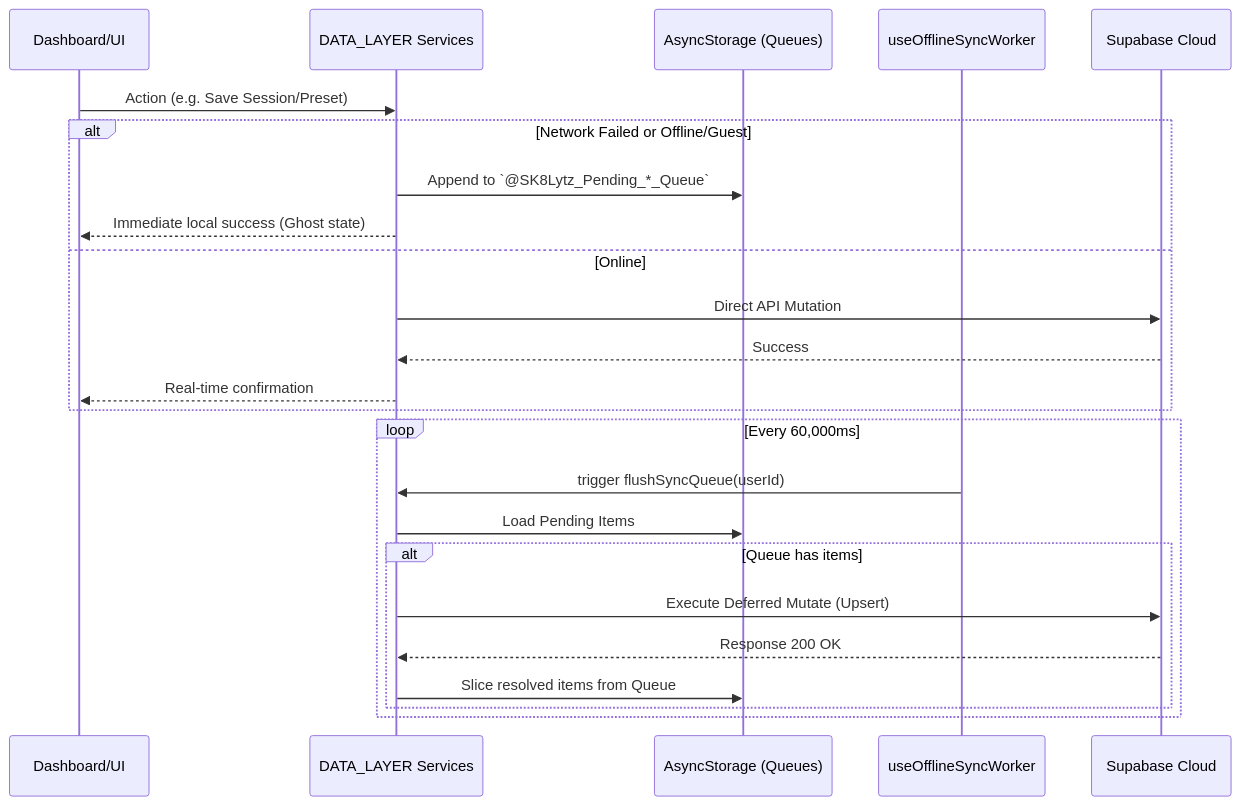
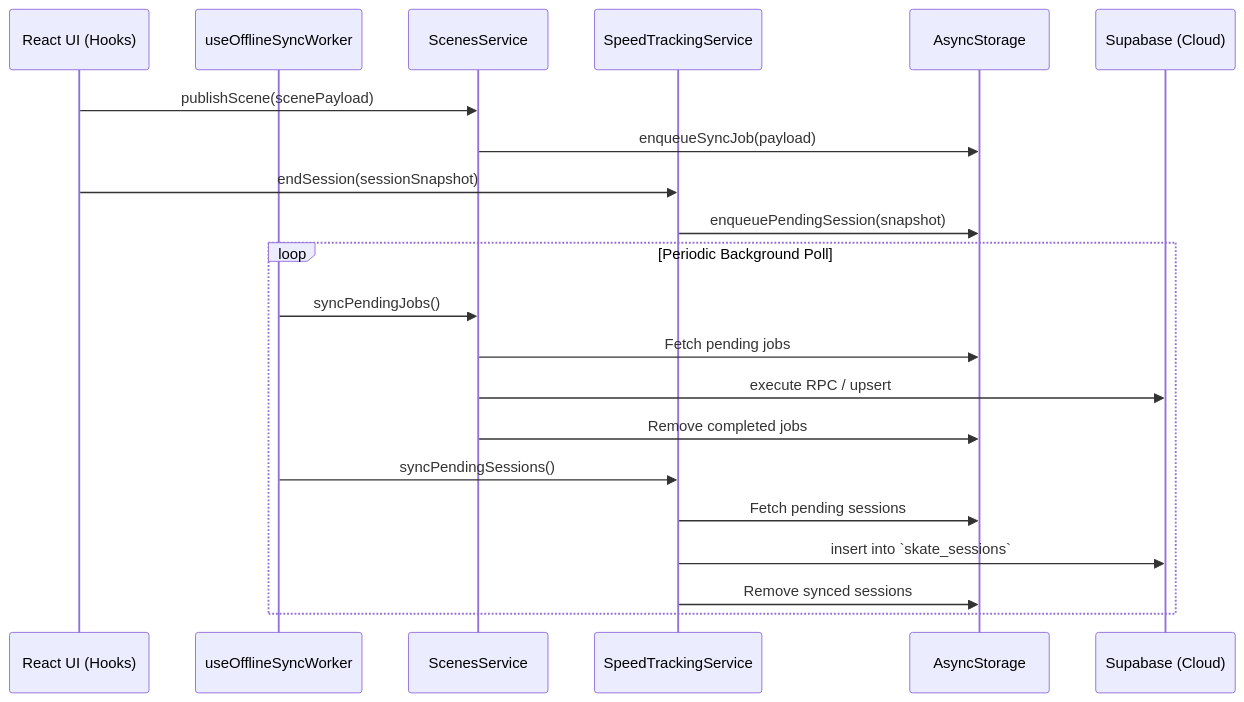
One commit to Neogleamz/SK8Lytz changed the ninth of 24 diagrams in docs/SK8Lytz_App_Master_Reference.md. Above: the diagram before and after it, drawn with Mermaid. The commit also changed other lines of this file and 7 other files, not shown here.

````diff
--- a/docs/SK8Lytz_App_Master_Reference.md
+++ b/docs/SK8Lytz_App_Master_Reference.md
@@ -1876,28 +1882,26 @@
 ```mermaid
 sequenceDiagram
-    participant UI as Dashboard/UI
-    participant Svc as DATA_LAYER Services
-    participant Store as AsyncStorage (Queues)
+    participant UI as React UI (Hooks)
     participant Worker as useOfflineSyncWorker
-    participant Supabase as Supabase Cloud
-
-    UI->>Svc: Action (e.g. Save Session/Preset)
-    alt Network Failed or Offline/Guest
-        Svc->>Store: Append to `@SK8Lytz_Pending_*_Queue`
-        Svc-->>UI: Immediate local success (Ghost state)
-    else Online
-        Svc->>Supabase: Direct API Mutation
-        Supabase-->>Svc: Success
-        Svc-->>UI: Real-time confirmation
-    end
-
-    loop Every 60,000ms
-        Worker->>Svc: trigger flushSyncQueue(userId)
-        Svc->>Store: Load Pending Items
-        alt Queue has items
-            Svc->>Supabase: Execute Deferred Mutate (Upsert)
-            Supabase-->>Svc: Response 200 OK
-            Svc->>Store: Slice resolved items from Queue
-        end
+    participant Scenes as ScenesService
+    participant Speed as SpeedTrackingService
+    participant Local as AsyncStorage
+    participant DB as Supabase (Cloud)
+    
+    UI->>Scenes: publishScene(scenePayload)
+    Scenes->>Local: enqueueSyncJob(payload)
+    UI->>Speed: endSession(sessionSnapshot)
+    Speed->>Local: enqueuePendingSession(snapshot)
+    
+    loop Periodic Background Poll
+        Worker->>Scenes: syncPendingJobs()
+        Scenes->>Local: Fetch pending jobs
+        Scenes->>DB: execute RPC / upsert
+        Scenes->>Local: Remove completed jobs
+        
+        Worker->>Speed: syncPendingSessions()
+        Speed->>Local: Fetch pending sessions
+        Speed->>DB: insert into `skate_sessions`
+        Speed->>Local: Remove synced sessions
     end
 ```
````
